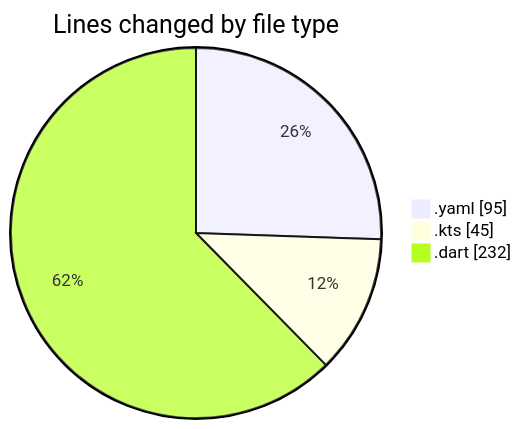
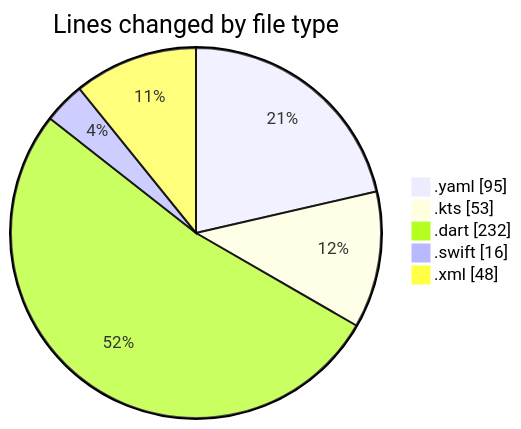
One commit to donsfak/code-tracking changed the first of 2 diagrams in 2025-02-16/uber_clone/README.md. Above: the diagram before and after it, drawn with Mermaid. The commit also changed other lines of this file and 1 other file, not shown here.

````diff
--- a/2025-02-16/uber_clone/README.md
+++ b/2025-02-16/uber_clone/README.md
@@ -22,7 +24,9 @@
 ```mermaid
 pie showData
 title Lines changed by file type
 ".yaml" : 95
-".kts" : 45
+".kts" : 53
 ".dart" : 232
+".swift" : 16
+".xml" : 48
 ```
````
